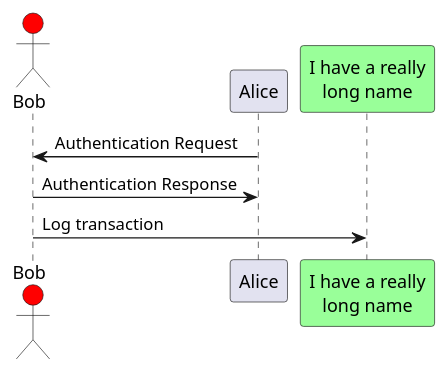
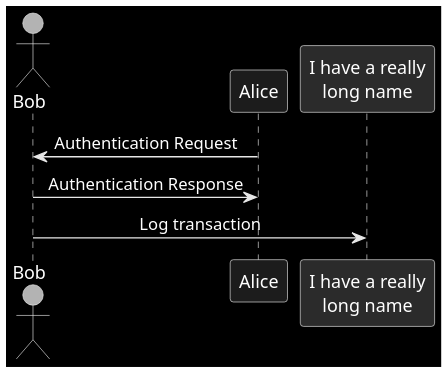
The diagram in UML/时序图/sequence_as.pu (zzu-andrew/linux-sys), drawn with PlantUML before and after one commit. The commit also changed 69 other files, not shown here.

```diff
--- a/UML/时序图/sequence_as.pu
+++ b/UML/时序图/sequence_as.pu
@@ -1,14 +1,51 @@
 @startuml sequence_as
+/'
+可以通过使用 xxxFontColor, xxxFontSize , xxxFontName 三个参数,来修改绘图中的字体 (颜色、大小、
+名称)
+。
+<blockquote> You can change the font for the drawing using xxxFontColor, xxxFontSize and xxxFontName
+parameters. </blockquote>
+示例:
+skinparam classFontColor red
+skinparam classFontSize 10
+skinparam classFontName Aapex
+也可以使用 skinparam defaultFontName 命令, 来修改默认的字体。
+<blockquote> You can also change the default font for all fonts using skinparam defaultFontName. </block-
+quote>
+Example:
+skinparam defaultFontName Aapex
+请注意:字体名称高度依赖于操作系统,因此不要过度使用它,当你考虑到可移植性时。Helvetica and
+Courier 应该是全平台可用。
+<blockquote> Please note the fontname is highly system dependent, so do not over use it, if you look for portability.
+Helvetica and Courier should be available on all system. </blockquote>
+还有更多的参数可用,你可以通过下面的命令打印它们:
+java -jar plantuml.jar -language
+<blockquote> A lot of parameters are available. You can list them using the following command: java -jar plan-
+tuml.jar -language </blockquote>
+'/
+/'
+通过 left, right or center, 可以设置文本对齐.
+也可以 sequenceMessageAlign 指令赋值为 direction 或 reverseDirection 以便让文本对齐与箭头方
+向一致。
+<blockquote> Text alignment can be set up to left, right or center. You can also use direction or reverseDirection
+values for sequenceMessageAlign which align text depending on arrow direction. </blockquote>
+'/
+' 使用黑白
+' skinparam monochrome true
+' 使用黑白并翻转颜色
+skinparam monochrome reverse
+' 使用的文字居中对其
+skinparam sequenceMessageAlign center
 actor Bob #red
 ' The only difference between actor
 ' and participant is the drawing
 participant Alice
 participant "I have a really\nlong name" as L #99FF99
 /' You can also declare:
 participant L as "I have a really\nlong name" #99FF99
 '/
 
 Alice->Bob: Authentication Request
 Bob->Alice: Authentication Response
 Bob->L: Log transaction
 @enduml
```
